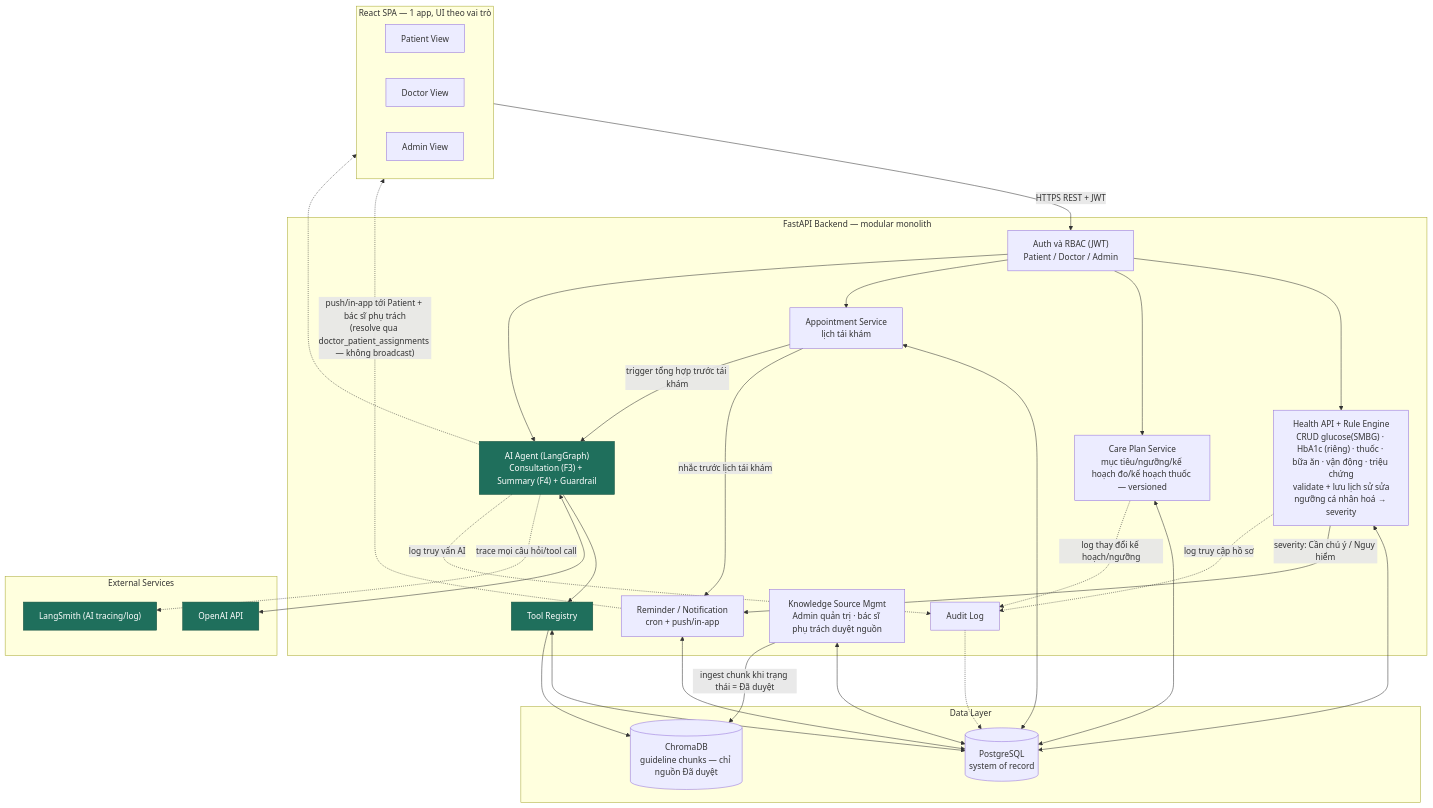
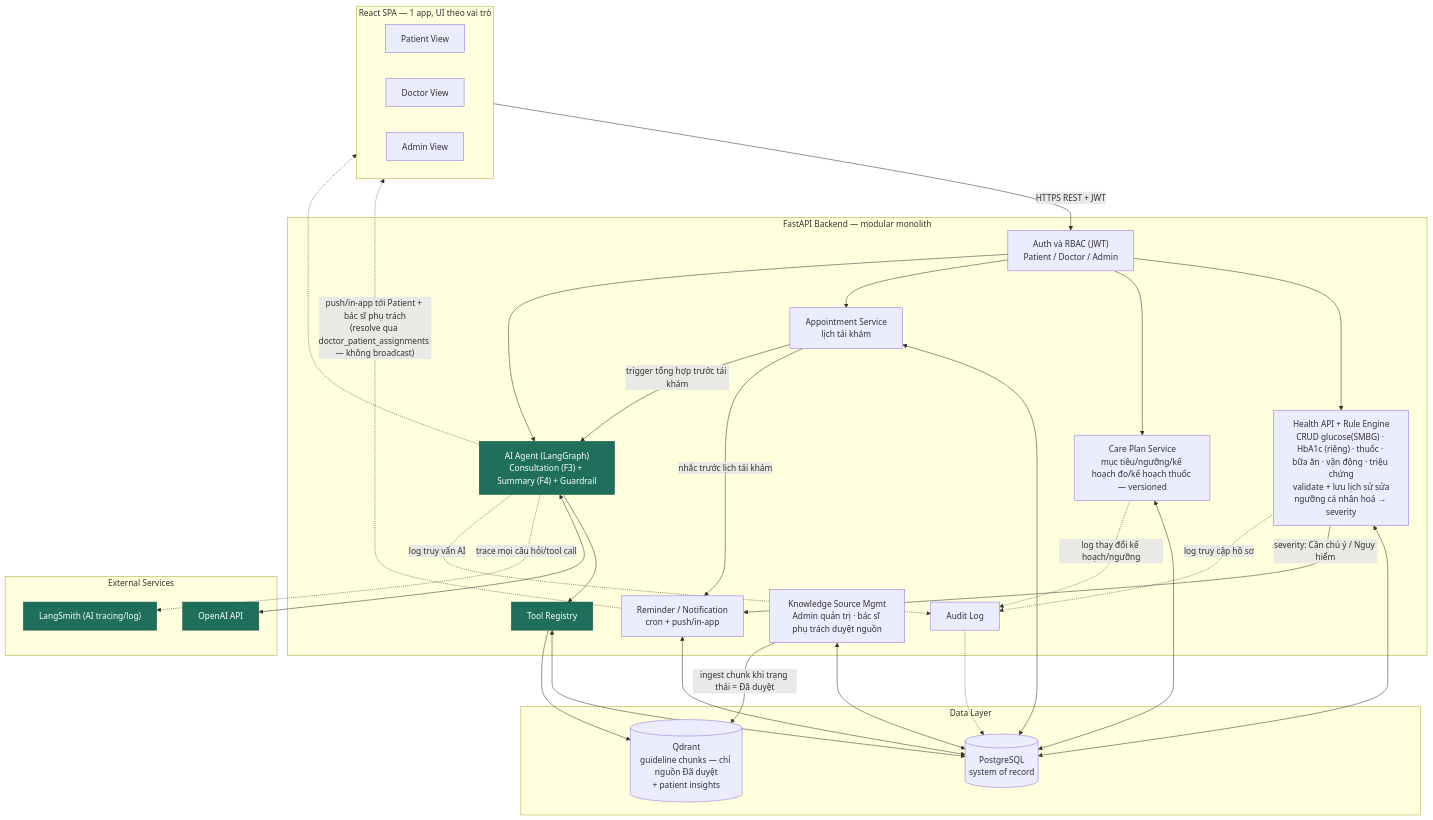
One commit to AhhPamAIVin/AhhPam-VDiab changed the first of 4 diagrams in docs/architecture_diagram.md. Above: the diagram before and after it, drawn with Mermaid. The commit also changed other lines of this file and 62 other files, not shown here.

````diff
--- a/docs/architecture_diagram.md
+++ b/docs/architecture_diagram.md
@@ -12,63 +12,63 @@
 ```mermaid
 flowchart TB
     subgraph Clients["React SPA — 1 app, UI theo vai trò"]
         PatientUI["Patient View"]
         DoctorUI["Doctor View"]
         AdminUI["Admin View"]
     end
 
     subgraph Backend["FastAPI Backend — modular monolith"]
         Auth["Auth và RBAC (JWT)<br/>Patient / Doctor / Admin"]
         HealthAPI["Health API + Rule Engine<br/>CRUD glucose(SMBG) · HbA1c (riêng) · thuốc · bữa ăn · vận động · triệu chứng<br/>validate + lưu lịch sử sửa<br/>ngưỡng cá nhân hoá → severity"]
         CarePlan["Care Plan Service<br/>mục tiêu/ngưỡng/kế hoạch đo/kế hoạch thuốc — versioned"]
         Appt["Appointment Service<br/>lịch tái khám"]
         Notify["Reminder / Notification<br/>cron + push/in-app"]
         Audit["Audit Log"]
         KB["Knowledge Source Mgmt<br/>Admin quản trị · bác sĩ phụ trách duyệt nguồn"]
         Agent["AI Agent (LangGraph)<br/>Consultation (F3) + Summary (F4) + Guardrail"]
         Tools["Tool Registry"]
     end
 
     subgraph Data["Data Layer"]
         PG[("PostgreSQL<br/>system of record")]
-        Chroma[("ChromaDB<br/>guideline chunks — chỉ nguồn Đã duyệt")]
+        VectorDB[("Qdrant<br/>guideline chunks — chỉ nguồn Đã duyệt<br/>+ patient insights")]
     end
 
     subgraph External["External Services"]
         LLM["OpenAI API"]
         LangSmith["LangSmith (AI tracing/log)"]
     end
 
     Clients -->|HTTPS REST + JWT| Auth
     Auth --> HealthAPI
     Auth --> CarePlan
     Auth --> Appt
     Auth --> Agent
 
     HealthAPI <--> PG
     HealthAPI -->|"severity: Cần chú ý / Nguy hiểm"| Notify
     CarePlan <--> PG
     Notify <--> PG
     Notify -.->|"push/in-app tới Patient + bác sĩ phụ trách<br/>(resolve qua doctor_patient_assignments — không broadcast)"| Clients
     Appt <--> PG
     Appt -->|nhắc trước lịch tái khám| Notify
     Appt -->|trigger tổng hợp trước tái khám| Agent
 
     KB <--> PG
-    KB -->|ingest chunk khi trạng thái = Đã duyệt| Chroma
+    KB -->|ingest chunk khi trạng thái = Đã duyệt| VectorDB
 
     Agent --> Tools
     Tools <--> PG
-    Tools --> Chroma
+    Tools --> VectorDB
     Agent <--> LLM
     Agent -.->|trace mọi câu hỏi/tool call| LangSmith
     Agent -.-> Clients
 
     HealthAPI -.->|log truy cập hồ sơ| Audit
     CarePlan -.->|log thay đổi kế hoạch/ngưỡng| Audit
     Agent -.->|log truy vấn AI| Audit
     Audit -.-> PG
 
     classDef ai fill:#1f6f5c,color:#fff,stroke:#15503f
     class Agent,Tools,LLM,LangSmith ai
 ```
````
